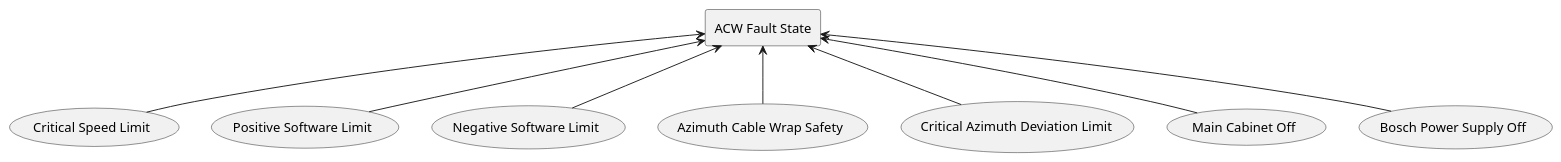
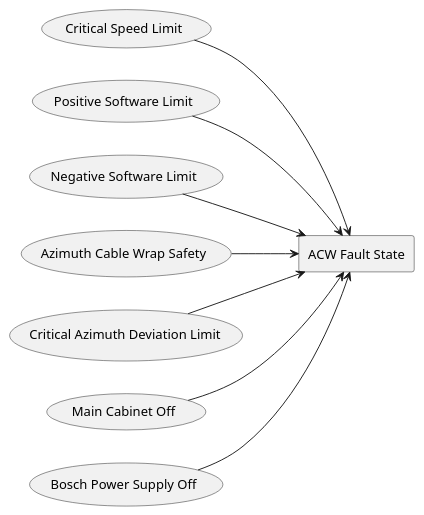
Before and after one commit to lsst-ts/ts_tma_tma-documentation_tma-faults: the first of 18 diagrams in README.md, drawn with PlantUML. The commit also changed other lines of this file, not shown here.

Commit message:
refactor: change the diagrams to be left to right instead of top to bottom

````diff
--- a/README.md
+++ b/README.md
@@ -122,21 +122,22 @@
 ```plantuml
 @startuml
+left to right direction
 rectangle "ACW Fault State" as ACW_fault
 usecase " Critical Speed Limit " as CriticalSpeedLimit
 usecase " Positive Software Limit " as PositiveSoftwareLimit
 usecase " Negative Software Limit " as NegativeSoftwareLimit
 usecase " Azimuth Cable Wrap Safety " as AzimuthCableWrapSafety
 usecase " Critical Azimuth Deviation Limit " as CriticalAzimuthDeviationLimit
 usecase " Main Cabinet Off " as MainCabinetOff
 usecase " Bosch Power Supply Off " as BoschPowerSupplyOff
 
-CriticalSpeedLimit -u-> ACW_fault
-PositiveSoftwareLimit -u-> ACW_fault
-NegativeSoftwareLimit -u-> ACW_fault
-AzimuthCableWrapSafety -u-> ACW_fault
-CriticalAzimuthDeviationLimit -u-> ACW_fault
-MainCabinetOff -u-> ACW_fault
-BoschPowerSupplyOff -u-> ACW_fault
+CriticalSpeedLimit --> ACW_fault
+PositiveSoftwareLimit --> ACW_fault
+NegativeSoftwareLimit --> ACW_fault
+AzimuthCableWrapSafety --> ACW_fault
+CriticalAzimuthDeviationLimit --> ACW_fault
+MainCabinetOff --> ACW_fault
+BoschPowerSupplyOff --> ACW_fault
 
 @enduml
 ```
````
